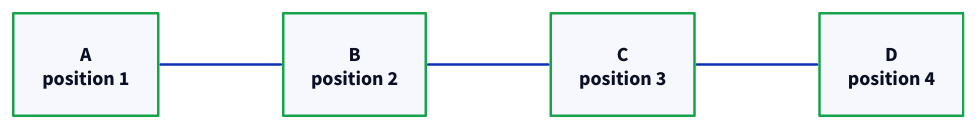
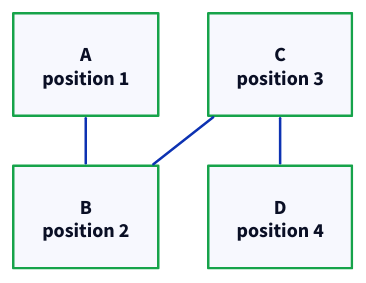
Before and after one commit to 111qqz/111qqz.github.io: the diagram in images/where-sequence-order-went/absolute-position.d2, drawn with D2. The commit also changed 99 other files, not shown here.

Commit message:
fix: optimize extremely wide or tall D2 diagrams to fit on mobile devices 111qqz/hugo-blog@0a3194efb1138281dfce2a9220a4055f8356854f

```diff
--- a/images/where-sequence-order-went/absolute-position.d2
+++ b/images/where-sequence-order-went/absolute-position.d2
@@ -1,22 +1,22 @@
-direction: right
+grid-columns: 2
 
 a: "A\nposition 1" {
   style.stroke: "#16a34a"
   style.bold: true
 }
 b: "B\nposition 2" {
   style.stroke: "#16a34a"
   style.bold: true
 }
 c: "C\nposition 3" {
   style.stroke: "#16a34a"
   style.bold: true
 }
 d: "D\nposition 4" {
   style.stroke: "#16a34a"
   style.bold: true
 }
 
 a -- b
 b -- c
 c -- d
```
